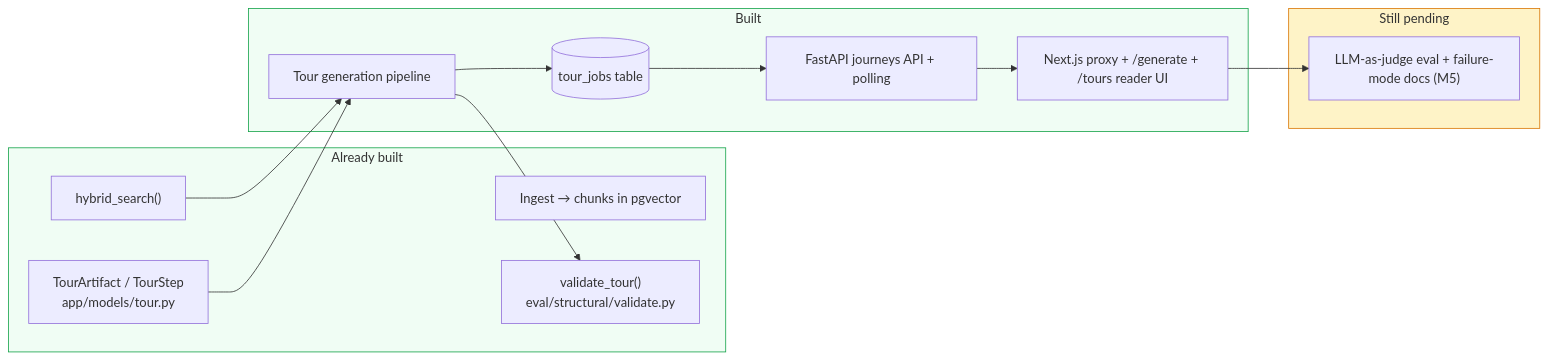
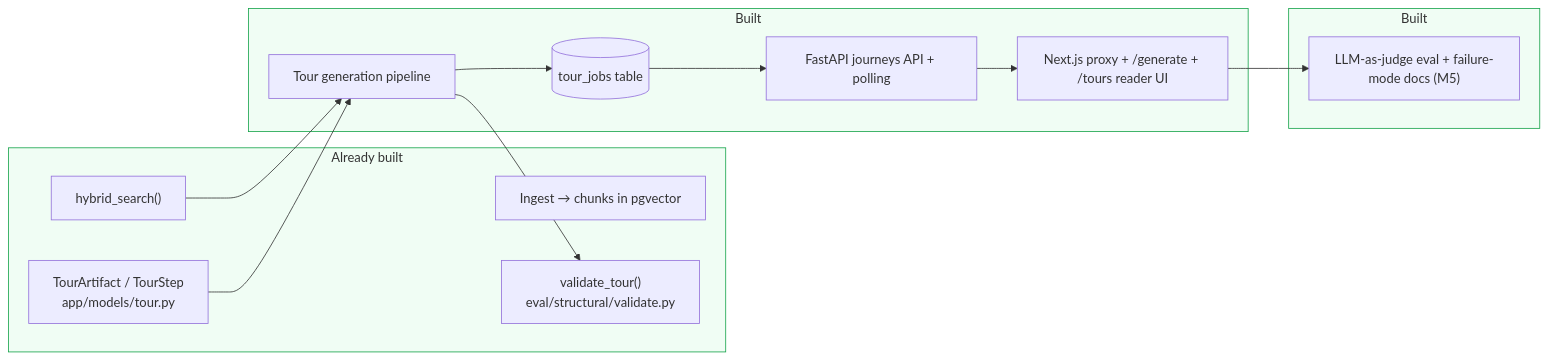
One commit to jballo/camino changed the first of 5 diagrams in docs/tour-generation.md. Above: the diagram before and after it, drawn with Mermaid. The commit also changed other lines of this file and 10 other files, not shown here.

````diff
--- a/docs/tour-generation.md
+++ b/docs/tour-generation.md
@@ -29,32 +29,32 @@
 ```mermaid
 flowchart LR
   subgraph have["Already built"]
     Ingest[Ingest → chunks in pgvector]
     Search["hybrid_search()"]
     Schema["TourArtifact / TourStep<br/>app/models/tour.py"]
     Validate["validate_tour()<br/>eval/structural/validate.py"]
   end
 
   subgraph built["Built"]
     Pipeline[Tour generation pipeline]
     Persist[(tour_jobs table)]
     API[FastAPI journeys API + polling]
     Reader["Next.js proxy + /generate + /tours reader UI"]
   end
 
-  subgraph remaining["Still pending"]
+  subgraph built2["Built"]
     Eval["LLM-as-judge eval + failure-mode docs (M5)"]
   end
 
   Search --> Pipeline
   Schema --> Pipeline
   Pipeline --> Validate
   Pipeline --> Persist
   Persist --> API
   API --> Reader
   Reader --> Eval
 
   style built fill:#f0fdf4,stroke:#16a34a
-  style remaining fill:#fef3c7,stroke:#d97706
+  style built2 fill:#f0fdf4,stroke:#16a34a
   style have fill:#f0fdf4,stroke:#16a34a
 ```
````
